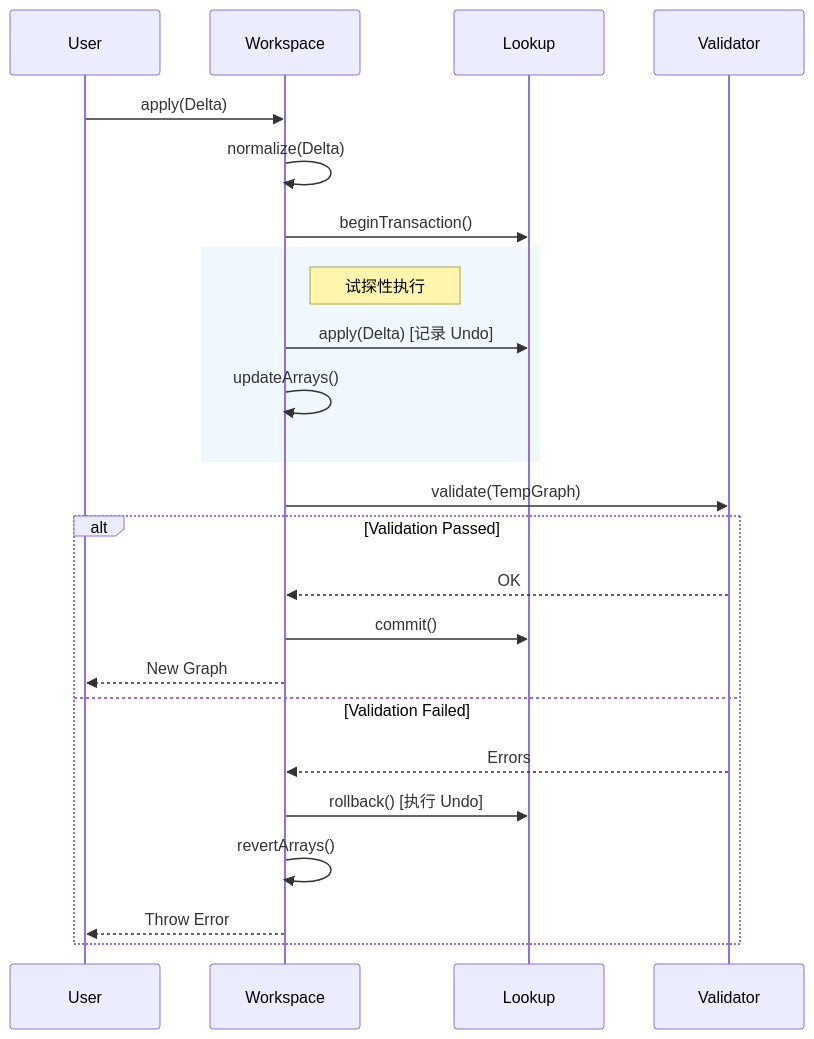
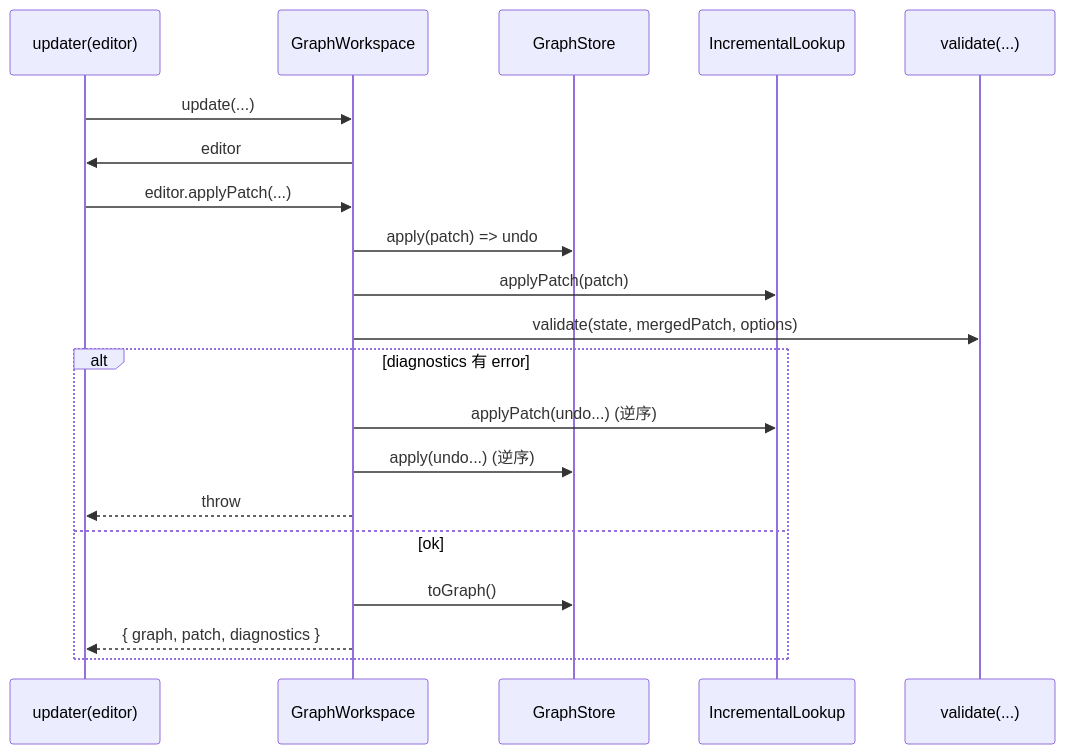
Before and after one commit to cosmic-gao/opencode: the second of 2 diagrams in packages/graph/ARCHITECTURE.md, drawn with Mermaid. The commit also changed other lines of this file and 10 other files, not shown here.

````diff
--- a/packages/graph/ARCHITECTURE.md
+++ b/packages/graph/ARCHITECTURE.md
@@ -67,30 +136,22 @@
 ```mermaid
 sequenceDiagram
-    participant User
-    participant Workspace
-    participant Lookup
-    participant Validator
-    
-    User->>Workspace: apply(Delta)
-    Workspace->>Workspace: normalize(Delta)
-    Workspace->>Lookup: beginTransaction()
-    
-    rect rgb(240, 248, 255)
-        Note right of Workspace: 试探性执行
-        Workspace->>Lookup: apply(Delta) [记录 Undo]
-        Workspace->>Workspace: updateArrays()
-    end
-    
-    Workspace->>Validator: validate(TempGraph)
-    
-    alt Validation Passed
-        Validator-->>Workspace: OK
-        Workspace->>Lookup: commit()
-        Workspace-->>User: New Graph
-    else Validation Failed
-        Validator-->>Workspace: Errors
-        Workspace->>Lookup: rollback() [执行 Undo]
-        Workspace->>Workspace: revertArrays()
-        Workspace-->>User: Throw Error
-    end
+  participant U as updater(editor)
+  participant W as GraphWorkspace
+  participant S as GraphStore
+  participant I as IncrementalLookup
+  participant V as validate(...)
+  U->>W: update(...)
+  W->>U: editor
+  U->>W: editor.applyPatch(...)
+  W->>S: apply(patch) => undo
+  W->>I: applyPatch(patch)
+  W->>V: validate(state, mergedPatch, options)
+  alt diagnostics 有 error
+    W->>I: applyPatch(undo...) (逆序)
+    W->>S: apply(undo...) (逆序)
+    W-->>U: throw
+  else ok
+    W->>S: toGraph()
+    W-->>U: { graph, patch, diagnostics }
+  end
 ```
````
